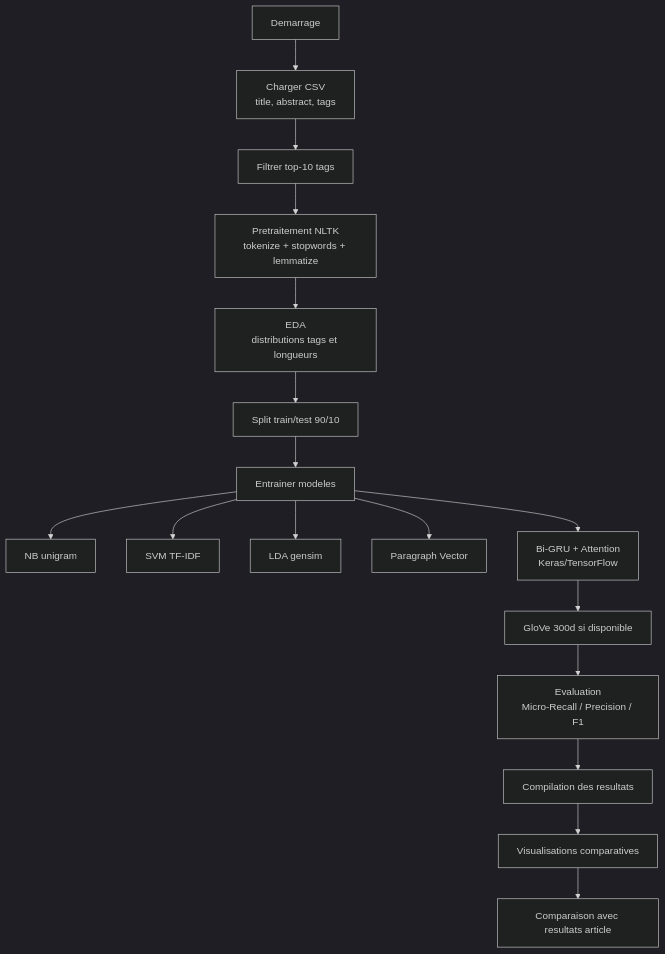
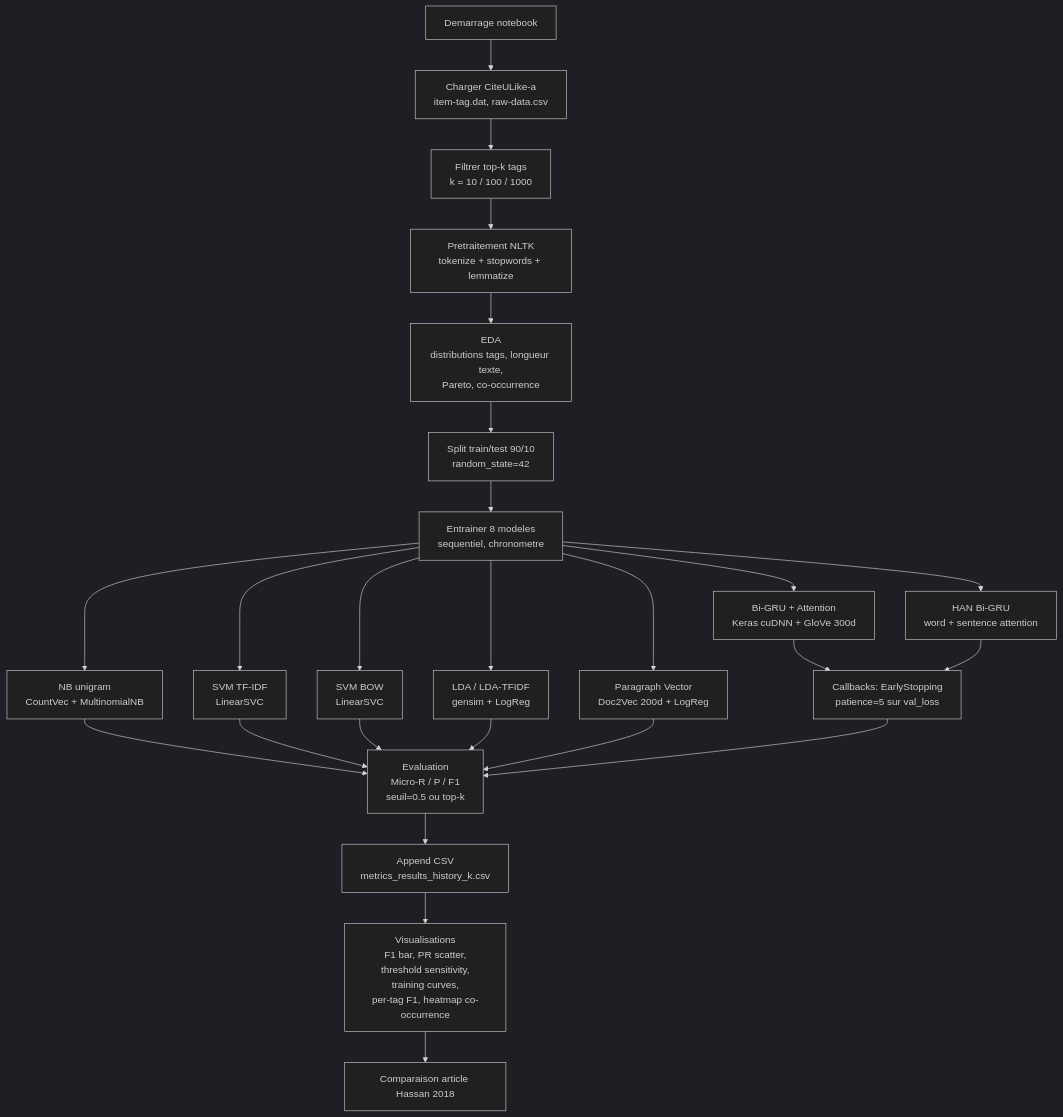
The diagram in README.md (WebSemantic-Projet-n-1/projet_session), drawn with Mermaid (dark theme) before and after one commit. The commit also changed other lines of this file and 9 other files, not shown here.

````diff
--- a/README.md
+++ b/README.md
@@ -91,19 +334,21 @@
 ```mermaid
 flowchart TD
-    A[Demarrage] --> B[Charger CSV<br/>title, abstract, tags]
-    B --> C[Filtrer top-10 tags]
+    A[Demarrage notebook] --> B[Charger CiteULike-a<br/>item-tag.dat, raw-data.csv]
+    B --> C[Filtrer top-k tags<br/>k = 10 / 100 / 1000]
     C --> D[Pretraitement NLTK<br/>tokenize + stopwords + lemmatize]
-    D --> E[EDA<br/>distributions tags et longueurs]
-    E --> F[Split train/test 90/10]
-    F --> G[Entrainer modeles]
-    G --> G1[NB unigram]
-    G --> G2[SVM TF-IDF]
-    G --> G3[LDA gensim]
-    G --> G4[Paragraph Vector]
-    G --> G5[Bi-GRU + Attention<br/>Keras/TensorFlow]
-    G5 --> H[GloVe 300d si disponible]
-    H --> I[Evaluation<br/>Micro-Recall / Precision / F1]
-    I --> J[Compilation des resultats]
-    J --> K[Visualisations comparatives]
-    K --> L[Comparaison avec resultats article]
+    D --> E[EDA<br/>distributions tags, longueur texte,<br/>Pareto, co-occurrence]
+    E --> F[Split train/test 90/10<br/>random_state=42]
+    F --> G[Entrainer 8 modeles<br/>sequentiel, chronometre]
+    G --> G1[NB unigram<br/>CountVec + MultinomialNB]
+    G --> G2[SVM TF-IDF<br/>LinearSVC]
+    G --> G3[SVM BOW<br/>LinearSVC]
+    G --> G4[LDA / LDA-TFIDF<br/>gensim + LogReg]
+    G --> G5[Paragraph Vector<br/>Doc2Vec 200d + LogReg]
+    G --> G6[Bi-GRU + Attention<br/>Keras cuDNN + GloVe 300d]
+    G --> G7[HAN Bi-GRU<br/>word + sentence attention]
+    G6 & G7 --> H[Callbacks: EarlyStopping<br/>patience=5 sur val_loss]
+    G1 & G2 & G3 & G4 & G5 & H --> I[Evaluation<br/>Micro-R / P / F1<br/>seuil=0.5 ou top-k]
+    I --> J[Append CSV<br/>metrics_results_history_k.csv]
+    J --> K[Visualisations<br/>F1 bar, PR scatter,<br/>threshold sensitivity,<br/>training curves,<br/>per-tag F1, heatmap co-occurrence]
+    K --> L[Comparaison article Hassan 2018]
 ```
````
